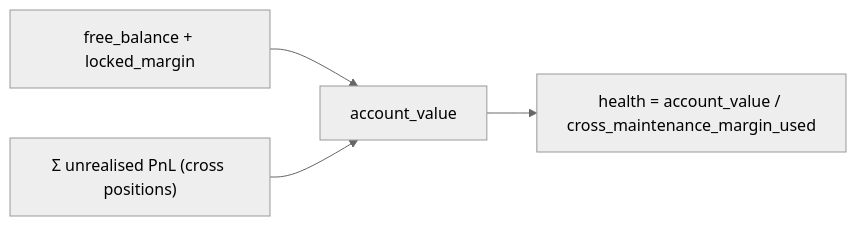
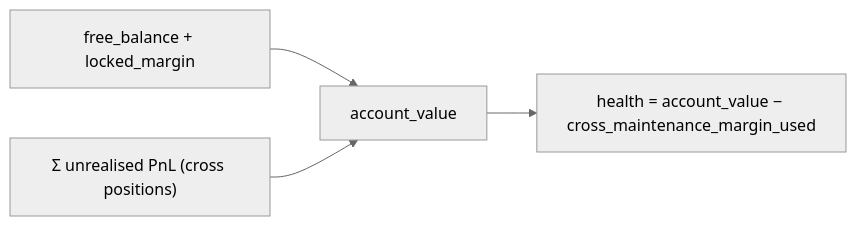
Before and after one commit to mtf-exchange/metaflux-knowledges: the first of 4 diagrams in docs/concepts/margin-modes.md, drawn with Mermaid (neutral theme). The commit also changed other lines of this file and 5 other files, not shown here.

````diff
--- a/docs/concepts/margin-modes.md
+++ b/docs/concepts/margin-modes.md
@@ -80,6 +193,6 @@
 ```mermaid
 flowchart LR
     A["free_balance + locked_margin"] --> AV["account_value"]
     PNL["Σ unrealised PnL (cross positions)"] --> AV
-    AV --> H["health = account_value / cross_maintenance_margin_used"]
+    AV --> H["health = account_value − cross_maintenance_margin_used"]
 ```
````
